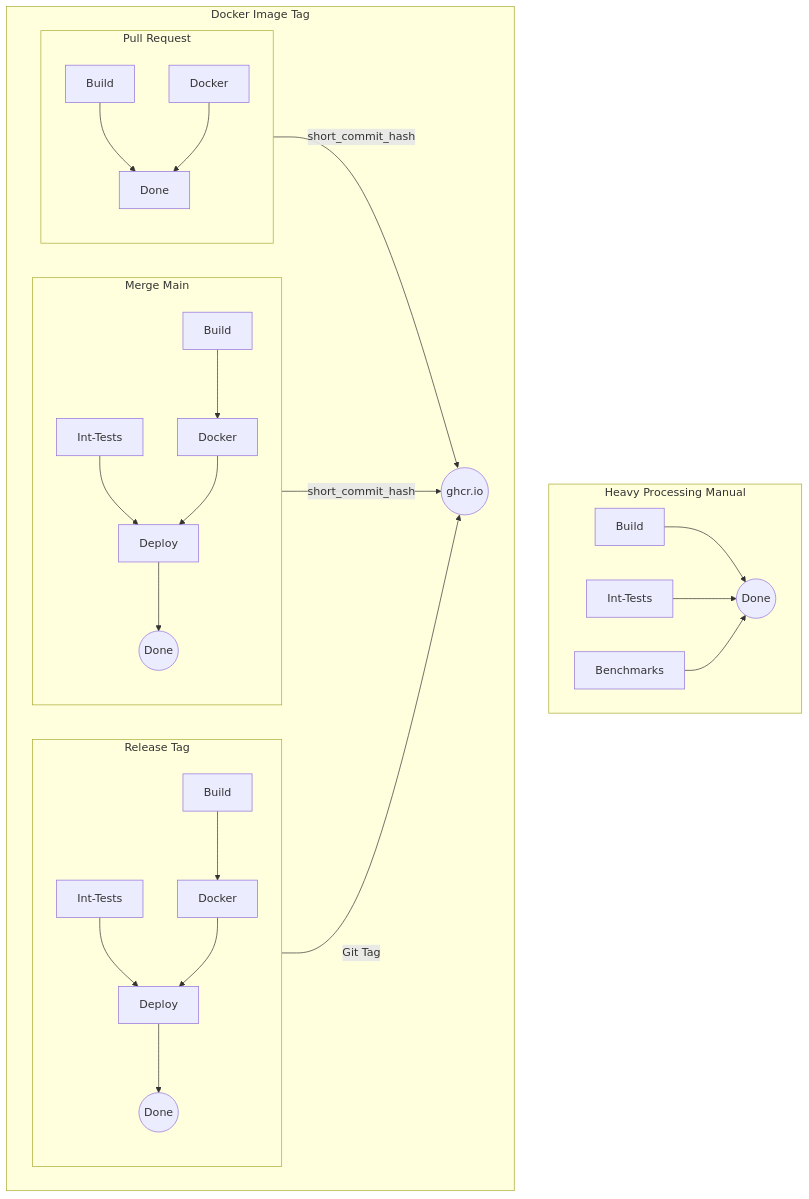
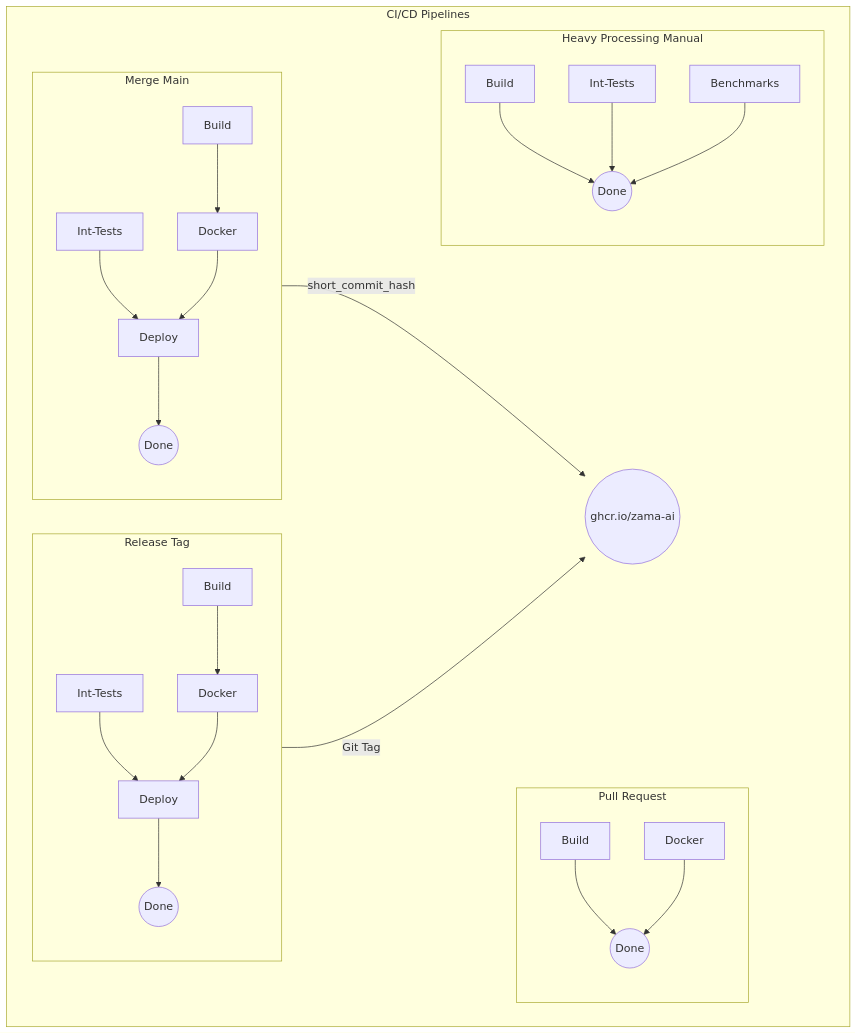
The first of 5 diagrams in doc/ci.md (zama-ai/kms), drawn with Mermaid before and after one commit. The commit also changed 24 other files, not shown here.

````diff
--- a/doc/ci.md
+++ b/doc/ci.md
@@ -15,29 +15,30 @@
 ```mermaid
 graph
     subgraph P[Pull Request]
-        BD[Build] --> D[Done]
-        DC[Docker] --> D[Done]
+        BD[Build] --> D((Done))
+        DC[Docker] --> D((Done))
     end
     subgraph M[Merge Main]
         BD1[Build] --> DC1[Docker]
         IN1[Int-Tests] --> DP1[Deploy]
         DC1[Docker] --> DP1[Deploy]
         DP1[Deploy] --> D1((Done))
     end
     subgraph R[Release Tag]
         BD2[Build] --> DC2[Docker]
         IN2[Int-Tests] --> DP2[Deploy]
         DC2[Docker] --> DP2[Deploy]
         DP2[Deploy] --> D2((Done))
     end
-    subgraph Heavy Processing Manual
+    subgraph H[Heavy Processing Manual]
         BD3[Build] --> D3((Done))
         IN3[Int-Tests] --> D3((Done))
         BM3[Benchmarks] --> D3((Done))
     end
-    subgraph Docker Image Tag
-        P --> |short_commit_hash| B((ghcr.io))
-        M --> |short_commit_hash| B
+    subgraph CICD[CI/CD Pipelines]
+        P
+        M --> |short_commit_hash| B((ghcr.io/zama-ai))
         R --> |Git Tag| B
+        H
     end
 ```
````
